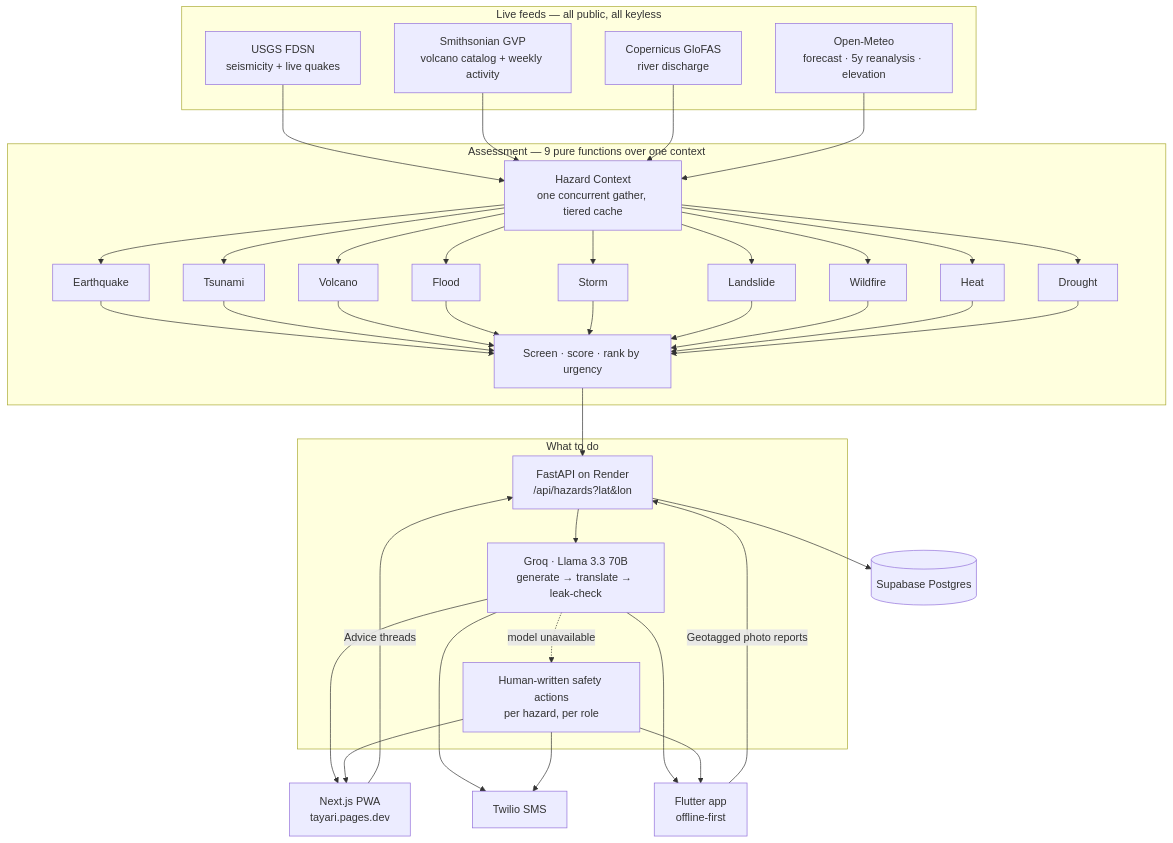
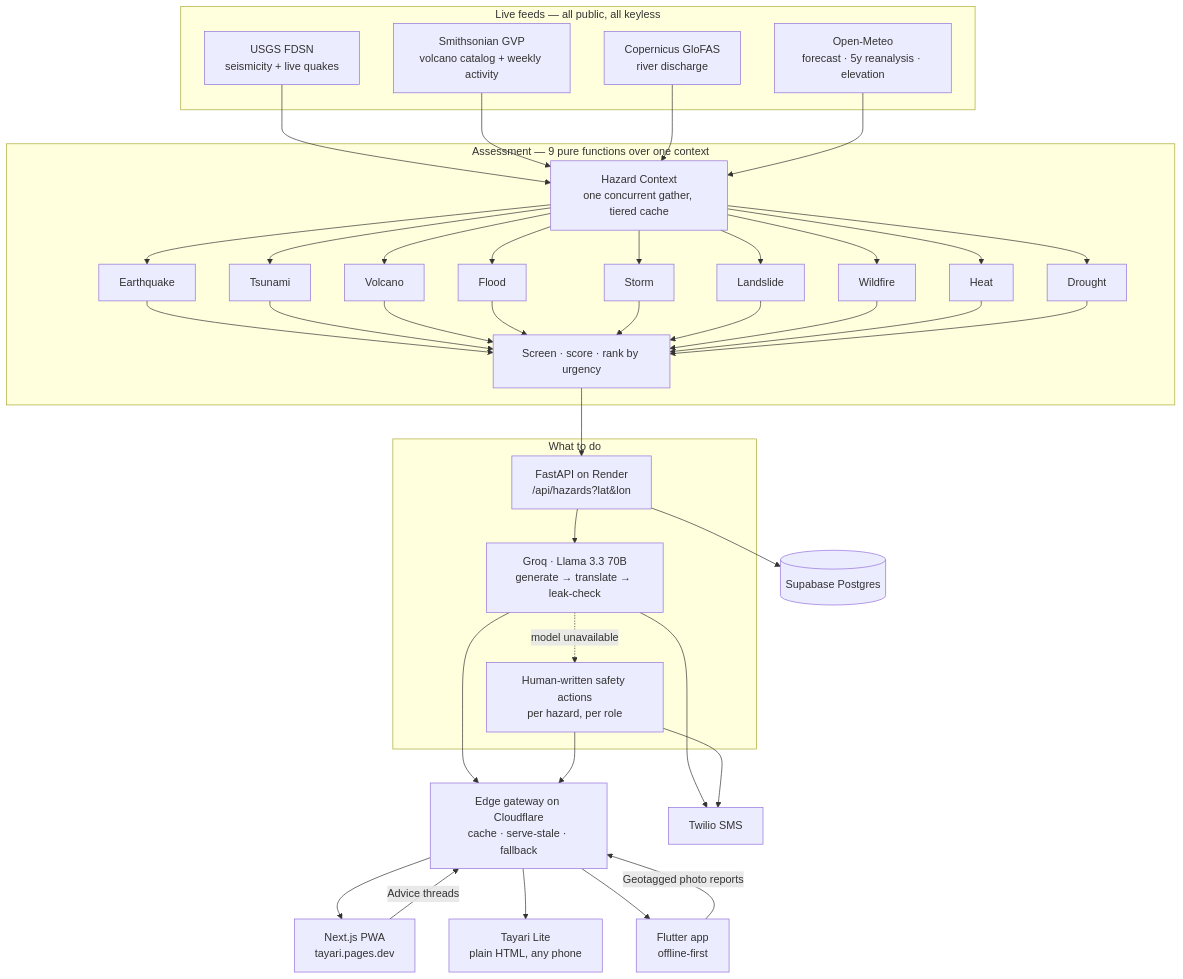
The diagram in README.md (Raul909/Tayari), drawn with Mermaid before and after one commit. The commit also changed other lines of this file, not shown here.

Commit message:
docs: free-tier architecture, edge gateway and Tayari Lite

````diff
--- a/README.md
+++ b/README.md
@@ -69,33 +69,35 @@
 ```mermaid
 graph TD
     subgraph Feeds["Live feeds — all public, all keyless"]
         F1[USGS FDSN<br/>seismicity + live quakes]
         F2[Smithsonian GVP<br/>volcano catalog + weekly activity]
         F3[Copernicus GloFAS<br/>river discharge]
         F4[Open-Meteo<br/>forecast · 5y reanalysis · elevation]
     end
 
     F1 & F2 & F3 & F4 --> CTX[Hazard Context<br/>one concurrent gather, tiered cache]
 
     subgraph Engine["Assessment — 9 pure functions over one context"]
         CTX --> A1[Earthquake] & A2[Tsunami] & A3[Volcano]
         CTX --> A4[Flood] & A5[Storm] & A6[Landslide]
         CTX --> A7[Wildfire] & A8[Heat] & A9[Drought]
         A1 & A2 & A3 & A4 & A5 & A6 & A7 & A8 & A9 --> RANK[Screen · score · rank by urgency]
     end
 
     RANK --> API[FastAPI on Render<br/>/api/hazards?lat&lon]
 
     subgraph Advisory["What to do"]
         API --> LLM[Groq · Llama 3.3 70B<br/>generate → translate → leak-check]
         LLM -.->|model unavailable| TPL[Human-written safety actions<br/>per hazard, per role]
     end
 
-    LLM & TPL --> WEB[Next.js PWA<br/>tayari.pages.dev]
+    LLM & TPL --> EDGE[Edge gateway on Cloudflare<br/>cache · serve-stale · fallback]
     LLM & TPL --> SMS[Twilio SMS]
-    LLM & TPL --> APP[Flutter app<br/>offline-first]
+    EDGE --> WEB[Next.js PWA<br/>tayari.pages.dev]
+    EDGE --> LITE[Tayari Lite<br/>plain HTML, any phone]
+    EDGE --> APP[Flutter app<br/>offline-first]
 
-    APP -->|Geotagged photo reports| API
-    WEB -->|Advice threads| API
+    APP -->|Geotagged photo reports| EDGE
+    WEB -->|Advice threads| EDGE
     API --> DB[(Supabase Postgres)]
 ```
````
